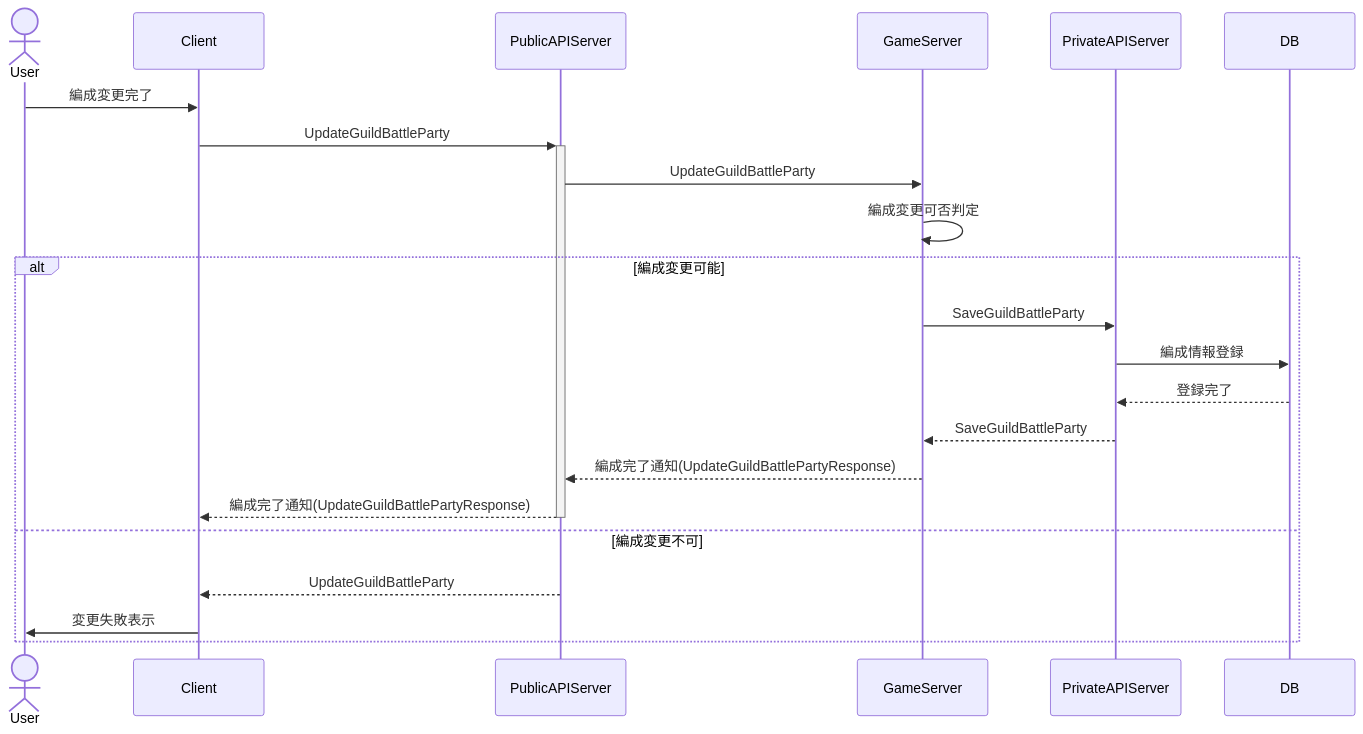
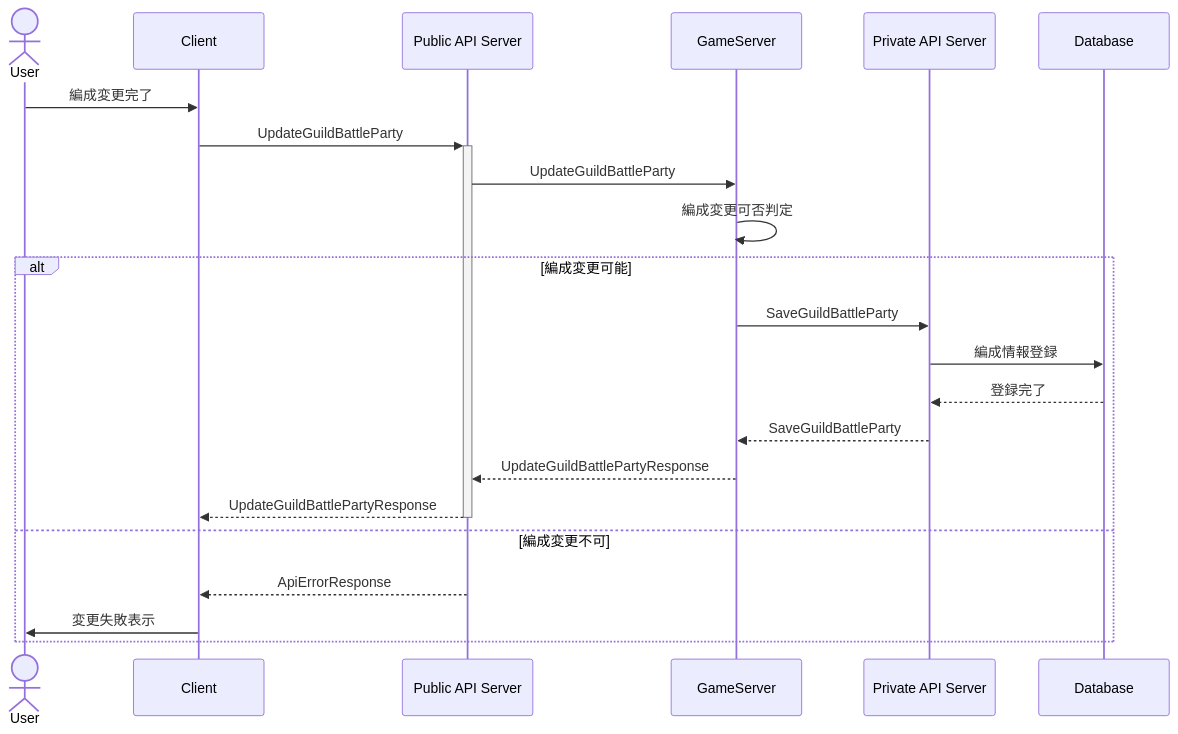
One commit to ReHydrangeaOdyssey/Specifications changed the first of 13 diagrams in design/server/guild_battle.md. Above: the diagram before and after it, drawn with Mermaid. The commit also changed other lines of this file and 12 other files, not shown here.

Commit message:
図などの名称の統一

````diff
--- a/design/server/guild_battle.md
+++ b/design/server/guild_battle.md
@@ -10,26 +10,26 @@
 ```mermaid
 sequenceDiagram
     actor User
     participant Client
-    participant PublicAPIServer
+    participant PublicAPIServer as Public API Server
     participant GameServer
-    participant PrivateAPIServer
-    participant DB
+    participant PrivateAPIServer as Private API Server
+    participant Database
 
     User->>Client: 編成変更完了
     Client->>+PublicAPIServer: UpdateGuildBattleParty
     PublicAPIServer->>GameServer: UpdateGuildBattleParty
     GameServer->>GameServer: 編成変更可否判定
 
     alt 編成変更可能
         GameServer->>PrivateAPIServer: SaveGuildBattleParty
-        PrivateAPIServer->>DB: 編成情報登録
-        DB-->>PrivateAPIServer: 登録完了
+        PrivateAPIServer->>Database: 編成情報登録
+        Database-->>PrivateAPIServer: 登録完了
         PrivateAPIServer-->>GameServer: SaveGuildBattleParty
-        GameServer-->>PublicAPIServer: 編成完了通知(UpdateGuildBattlePartyResponse)
-        PublicAPIServer-->>-Client: 編成完了通知(UpdateGuildBattlePartyResponse)
+        GameServer-->>PublicAPIServer: UpdateGuildBattlePartyResponse
+        PublicAPIServer-->>-Client: UpdateGuildBattlePartyResponse
     else 編成変更不可
-        PublicAPIServer-->>Client: UpdateGuildBattleParty
+        PublicAPIServer-->>Client: ApiErrorResponse
         Client->>User: 変更失敗表示
     end
 ```
````
